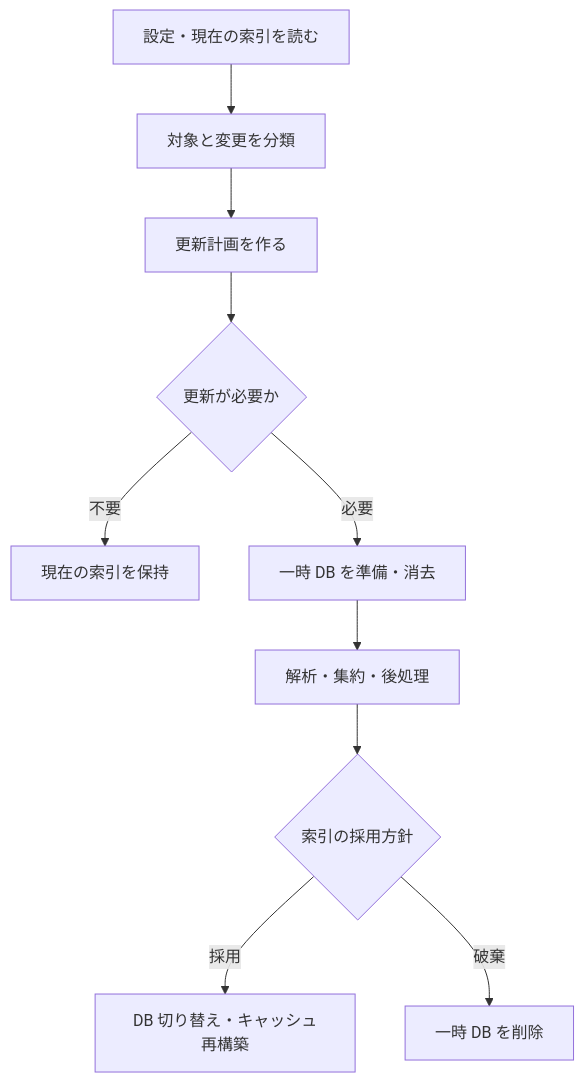
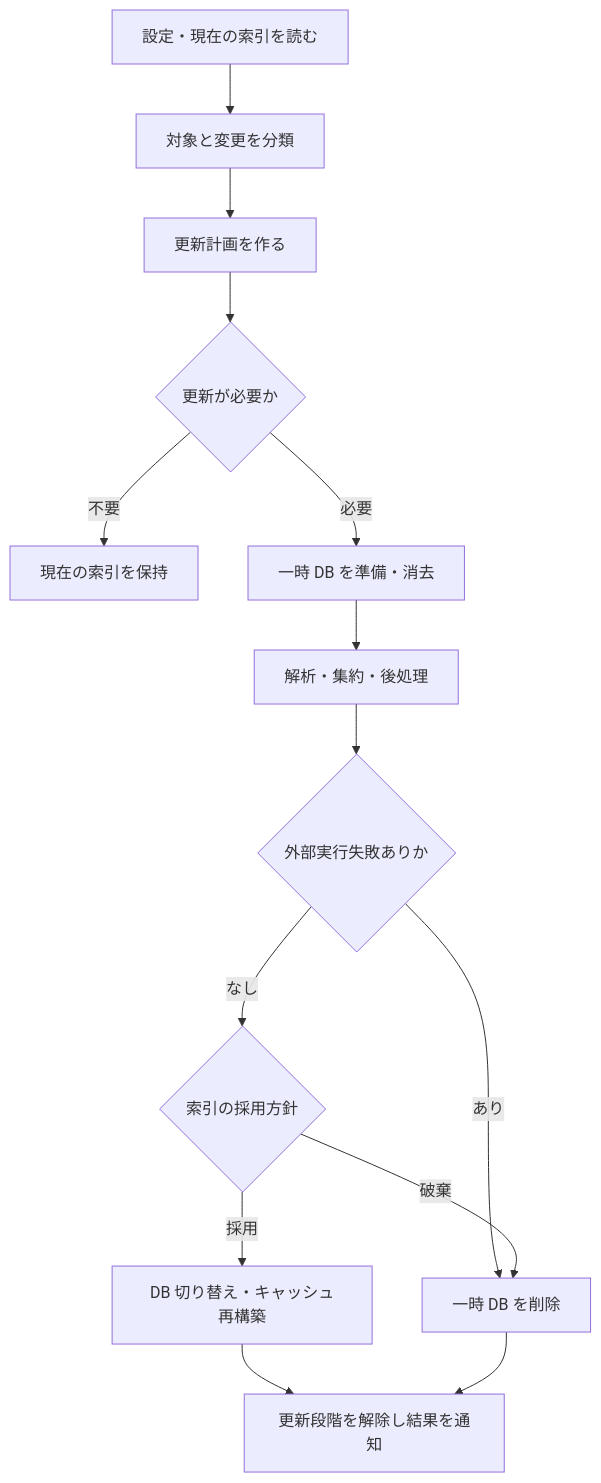
Before and after one commit to yuki-inaho/Sourcetrail: the diagram in docs/architecture/indexing-lifecycle.md, drawn with Mermaid. The commit also changed other lines of this file and 179 other files, not shown here.

````diff
--- a/docs/architecture/indexing-lifecycle.md
+++ b/docs/architecture/indexing-lifecycle.md
@@ -7,12 +7,16 @@
 ```mermaid
 flowchart TD
     A["設定・現在の索引を読む"] --> B["対象と変更を分類"]
     B --> C["更新計画を作る"]
     C --> D{"更新が必要か"}
     D -->|不要| E["現在の索引を保持"]
     D -->|必要| F["一時 DB を準備・消去"]
     F --> G["解析・集約・後処理"]
-    G --> H{"索引の採用方針"}
+    G --> K{"外部実行失敗ありか"}
+    K -->|あり| J["一時 DB を削除"]
+    K -->|なし| H{"索引の採用方針"}
     H -->|採用| I["DB 切り替え・キャッシュ再構築"]
-    H -->|破棄| J["一時 DB を削除"]
+    H -->|破棄| J
+    I --> L["更新段階を解除し結果を通知"]
+    J --> L
 ```
````
